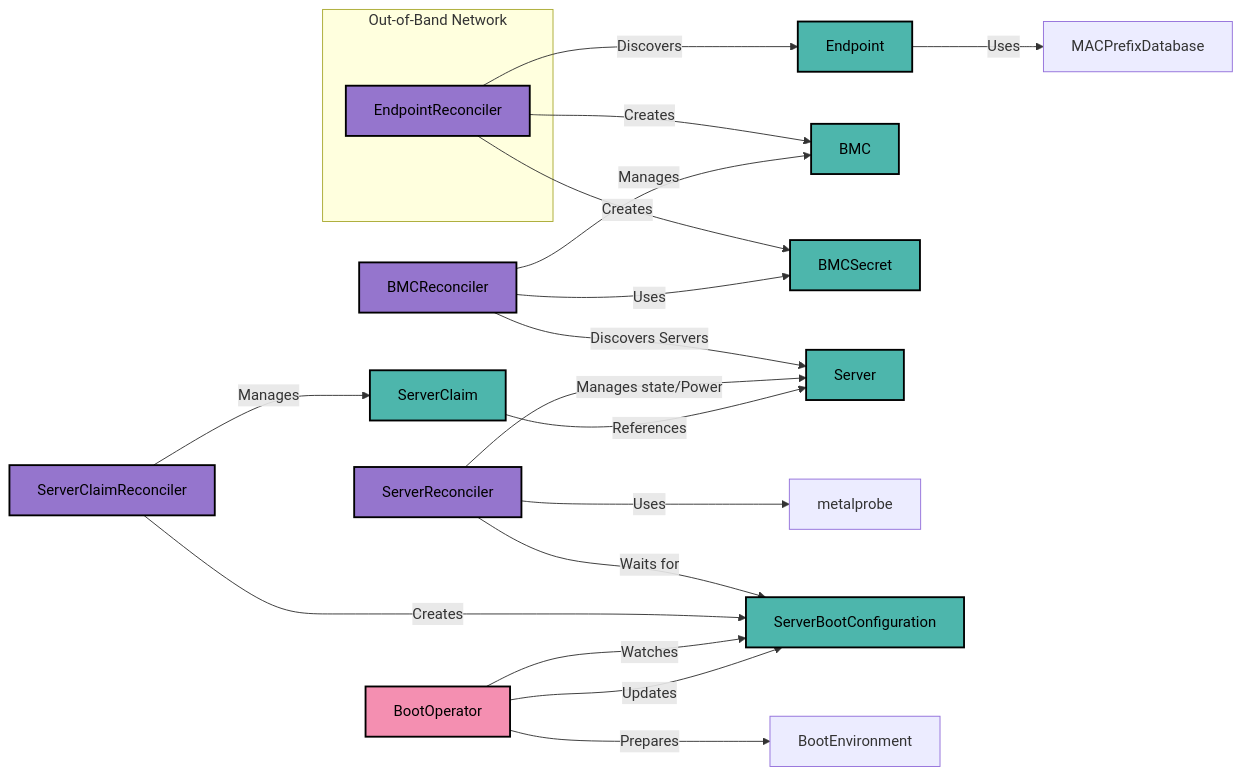
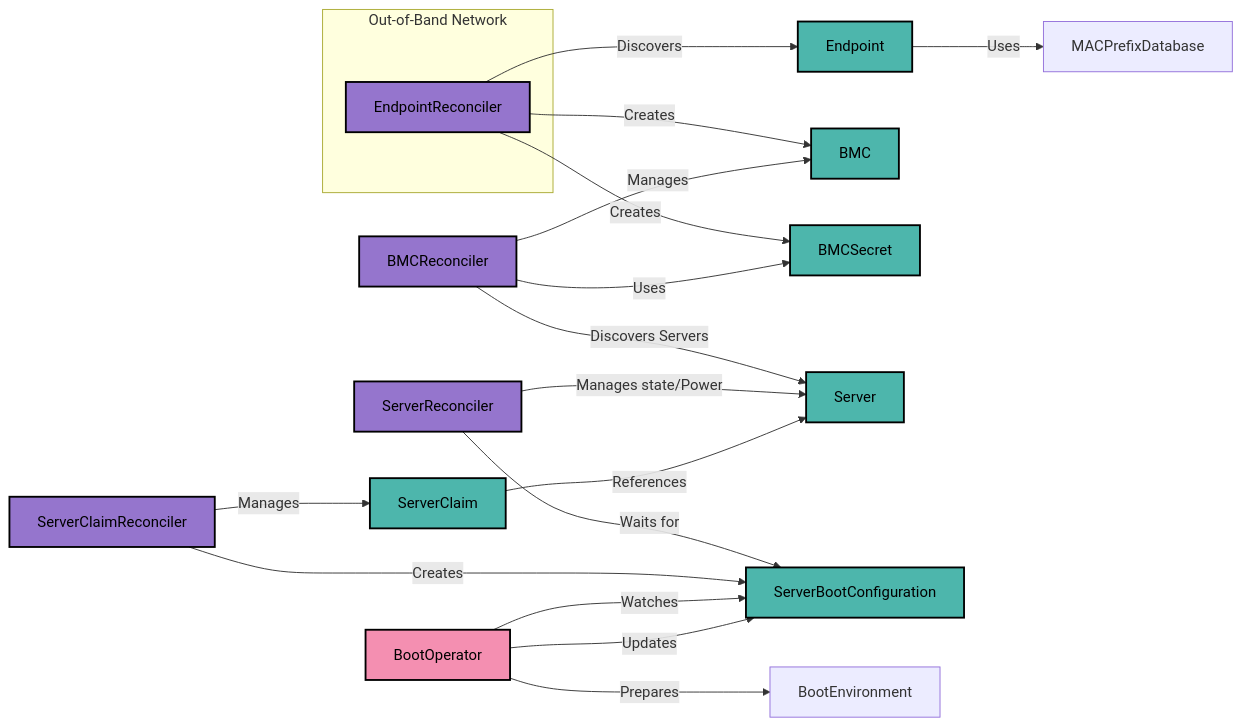
One commit to ironcore-dev/metal-operator changed the diagram in docs/architecture.md. Above: the diagram before and after it, drawn with Mermaid. The commit also changed other lines of this file and 74 other files, not shown here.

Commit message:
Drop server discovery (Initial->Discovery), metalprobe, and registry/serving plumbing

````diff
--- a/docs/architecture.md
+++ b/docs/architecture.md
@@ -10,33 +10,32 @@
 ```mermaid
 flowchart LR
     subgraph Out-of-Band Network
         EndpointReconciler
     end
     EndpointReconciler -- Discovers --> Endpoint
     Endpoint -- Uses --> MACPrefixDatabase
     EndpointReconciler -- Creates --> BMC & BMCSecret
 
     BMCReconciler -- Manages --> BMC
     BMCReconciler -- Uses --> BMCSecret
     BMCReconciler -- Discovers Servers --> Server
 
     ServerReconciler -- Manages state/Power --> Server
-    ServerReconciler -- Uses --> metalprobe
     ServerReconciler -- Waits for --> ServerBootConfiguration
     
     ServerClaimReconciler -- Manages --> ServerClaim
     ServerClaim -- References --> Server
     ServerClaimReconciler -- Creates --> ServerBootConfiguration
 
     BootOperator -- Watches --> ServerBootConfiguration
     BootOperator -- Prepares --> BootEnvironment
     BootOperator -- Updates --> ServerBootConfiguration
 
     classDef operator fill:#9575cd, stroke:#000, stroke-width:2px, color:#000;
     classDef crd fill:#4db6ac, stroke:#000, stroke-width:2px, color:#000;
     classDef external fill:#f48fb1, stroke:#000, stroke-width:2px, color:#000;
 
     class EndpointReconciler,BMCReconciler,ServerReconciler,ServerClaimReconciler operator;
     class Endpoint,BMC,BMCSecret,Server,ServerClaim,ServerBootConfiguration crd;
     class BootOperator external;
 ```
````
